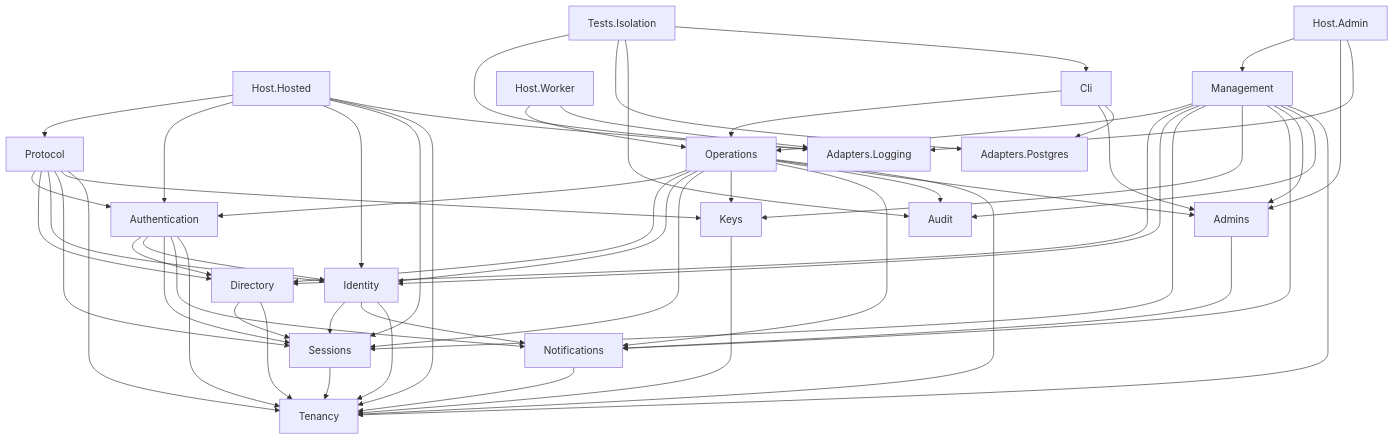
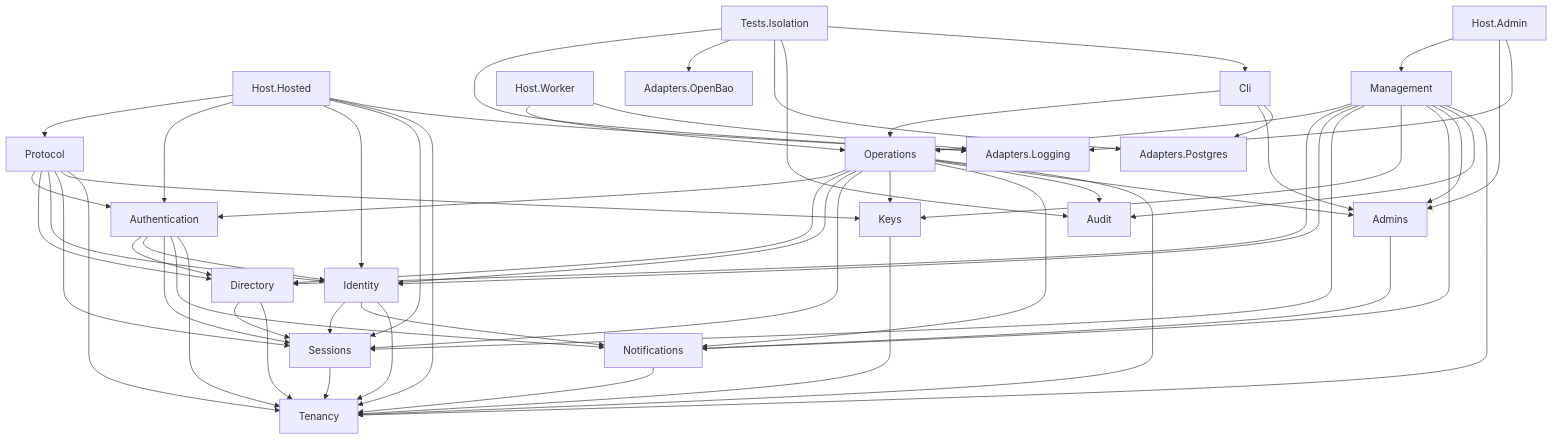
Before and after one commit to shanilmelder/gatekeep: the diagram in docs/architecture/module-dependencies.md, drawn with Mermaid. The commit also changed 39 other files, not shown here.

First line of the commit message:
feat: hold keys in OpenBao behind IKeyCustody for Story 1.7

````diff
--- a/docs/architecture/module-dependencies.md
+++ b/docs/architecture/module-dependencies.md
@@ -7,78 +7,80 @@
 ```mermaid
 flowchart TD
   HostHosted[Host.Hosted]
   Protocol[Protocol]
   Authentication[Authentication]
   Identity[Identity]
   Sessions[Sessions]
   Tenancy[Tenancy]
   AdaptersLogging[Adapters.Logging]
   HostAdmin[Host.Admin]
   Management[Management]
   Admins[Admins]
   HostWorker[Host.Worker]
   Operations[Operations]
   Cli[Cli]
   AdaptersPostgres[Adapters.Postgres]
   Directory[Directory]
   Keys[Keys]
   Notifications[Notifications]
   Audit[Audit]
   TestsIsolation[Tests.Isolation]
+  AdaptersOpenBao[Adapters.OpenBao]
   HostHosted --> Protocol
   HostHosted --> Authentication
   HostHosted --> Identity
   HostHosted --> Sessions
   HostHosted --> Tenancy
   HostHosted --> AdaptersLogging
   HostAdmin --> Management
   HostAdmin --> Admins
   HostAdmin --> AdaptersLogging
   HostWorker --> Operations
   HostWorker --> AdaptersLogging
   Cli --> Operations
   Cli --> Admins
   Cli --> AdaptersPostgres
   Protocol --> Authentication
   Protocol --> Directory
   Protocol --> Identity
   Protocol --> Sessions
   Protocol --> Keys
   Protocol --> Tenancy
   Authentication --> Directory
   Authentication --> Identity
   Authentication --> Sessions
   Authentication --> Notifications
   Authentication --> Tenancy
   Management --> Operations
   Management --> Directory
   Management --> Identity
   Management --> Sessions
   Management --> Keys
   Management --> Notifications
   Management --> Admins
   Management --> Audit
   Management --> Tenancy
   Operations --> Authentication
   Operations --> Directory
   Operations --> Identity
   Operations --> Sessions
   Operations --> Keys
   Operations --> Notifications
   Operations --> Audit
   Operations --> Admins
   Operations --> Tenancy
   Identity --> Sessions
   Identity --> Notifications
   Identity --> Tenancy
   Directory --> Sessions
   Directory --> Tenancy
   Keys --> Tenancy
   Sessions --> Tenancy
   Notifications --> Tenancy
   Admins --> Notifications
   TestsIsolation --> AdaptersLogging
+  TestsIsolation --> AdaptersOpenBao
   TestsIsolation --> AdaptersPostgres
   TestsIsolation --> Audit
   TestsIsolation --> Cli
 ```
````
